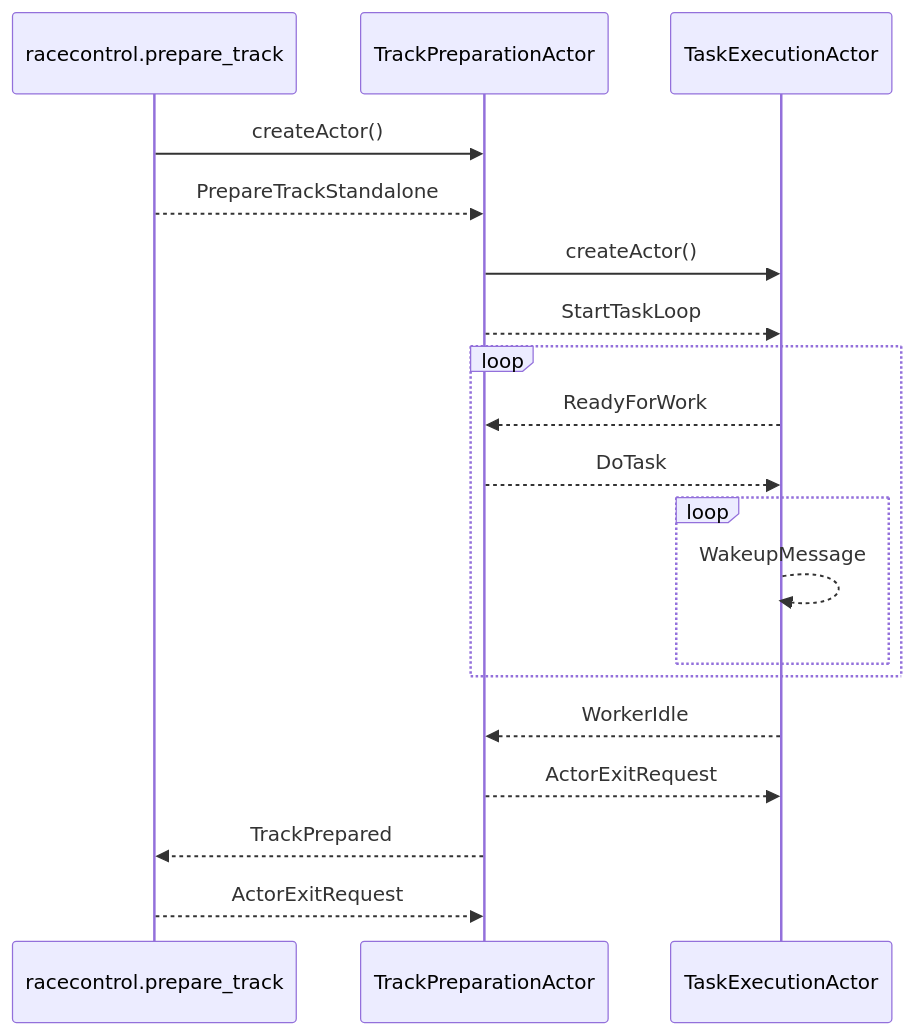
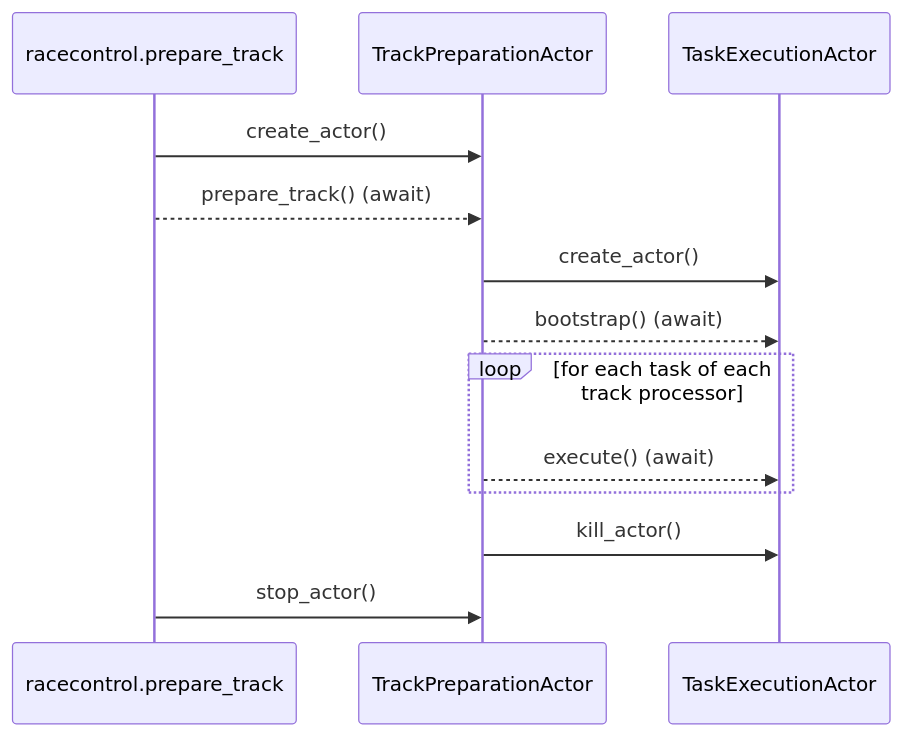
The second of 3 diagrams in docs/architecture/actor_system.md (elastic/rally), drawn with Mermaid before and after one commit. The commit also changed other lines of this file and 43 other files, not shown here.

````diff
--- a/docs/architecture/actor_system.md
+++ b/docs/architecture/actor_system.md
@@ -96,18 +114,12 @@
 ```mermaid
 sequenceDiagram
-    racecontrol.prepare_track ->> TrackPreparationActor: createActor()
-    racecontrol.prepare_track -->> TrackPreparationActor: PrepareTrackStandalone
-    TrackPreparationActor ->> TaskExecutionActor: createActor()
-    TrackPreparationActor -->> TaskExecutionActor: StartTaskLoop
-    loop
-        TaskExecutionActor -->> TrackPreparationActor: ReadyForWork
-        TrackPreparationActor -->> TaskExecutionActor: DoTask
-        loop
-            TaskExecutionActor -->> TaskExecutionActor: WakeupMessage
-        end
+    racecontrol.prepare_track ->> TrackPreparationActor: create_actor()
+    racecontrol.prepare_track -->> TrackPreparationActor: prepare_track() (await)
+    TrackPreparationActor ->> TaskExecutionActor: create_actor()
+    TrackPreparationActor -->> TaskExecutionActor: bootstrap() (await)
+    loop for each task of each track processor
+        TrackPreparationActor -->> TaskExecutionActor: execute() (await)
     end
-    TaskExecutionActor -->> TrackPreparationActor: WorkerIdle
-    TrackPreparationActor -->> TaskExecutionActor: ActorExitRequest
-    TrackPreparationActor -->> racecontrol.prepare_track: TrackPrepared
-    racecontrol.prepare_track -->> TrackPreparationActor: ActorExitRequest
+    TrackPreparationActor ->> TaskExecutionActor: kill_actor()
+    racecontrol.prepare_track ->> TrackPreparationActor: stop_actor()
 ```
````
